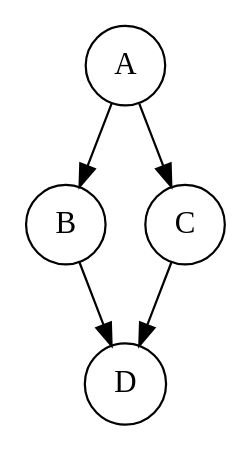
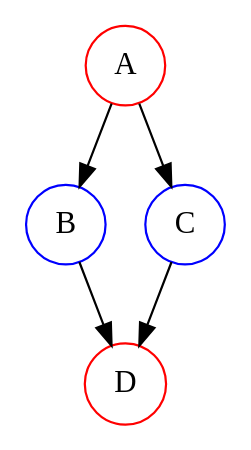
One commit to profjosereginaldo/grafos changed the diagram in aulas/aula03/digrafo_aciclico.dot. Above: the diagram before and after it, drawn with Graphviz. The commit also changed 11 other files, not shown here.

```diff
--- a/aulas/aula03/digrafo_aciclico.dot
+++ b/aulas/aula03/digrafo_aciclico.dot
@@ -1,11 +1,11 @@
 digraph G {
-   A [shape="circle"]
-   B [shape="circle"]
-   C [shape="circle"]
-   D [shape="circle"]
+   A [shape="circle" color="red"]
+   B [shape="circle" color="blue"]
+   C [shape="circle" color="blue"]
+   D [shape="circle" color="red"]
    A -> B
    A -> C
    B -> D
    C -> D
  
 }
```
